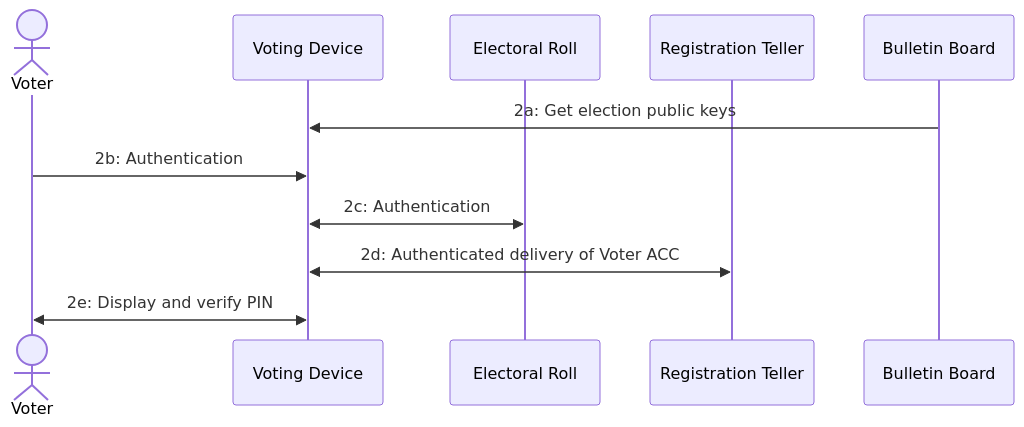
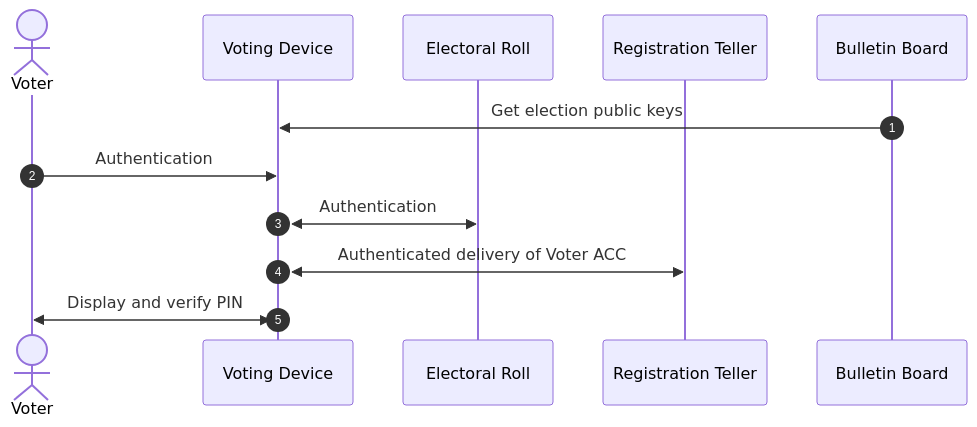
Before and after one commit to AlessandroPerez/evoting-rs: the second of 5 diagrams in README.md, drawn with Mermaid. The commit also changed other lines of this file, not shown here.

````diff
--- a/README.md
+++ b/README.md
@@ -45,14 +45,14 @@
 ```mermaid
 sequenceDiagram
-    %%autonumber
+    autonumber
     actor V as Voter
     participant VD as Voting Device
     participant ER as Electoral Roll
     participant RT as Registration Teller
     participant WBB as Bulletin Board
-    WBB->>VD: 2a: Get election public keys
-    V->>VD: 2b: Authentication
-    VD<<->>ER: 2c: Authentication
-    VD<<->>RT: 2d: Authenticated delivery of Voter ACC
-    VD<<->>V: 2e: Display and verify PIN
+    WBB->>VD: Get election public keys
+    V->>VD: Authentication
+    VD<<->>ER: Authentication
+    VD<<->>RT: Authenticated delivery of Voter ACC
+    VD<<->>V: Display and verify PIN
 ```
````
